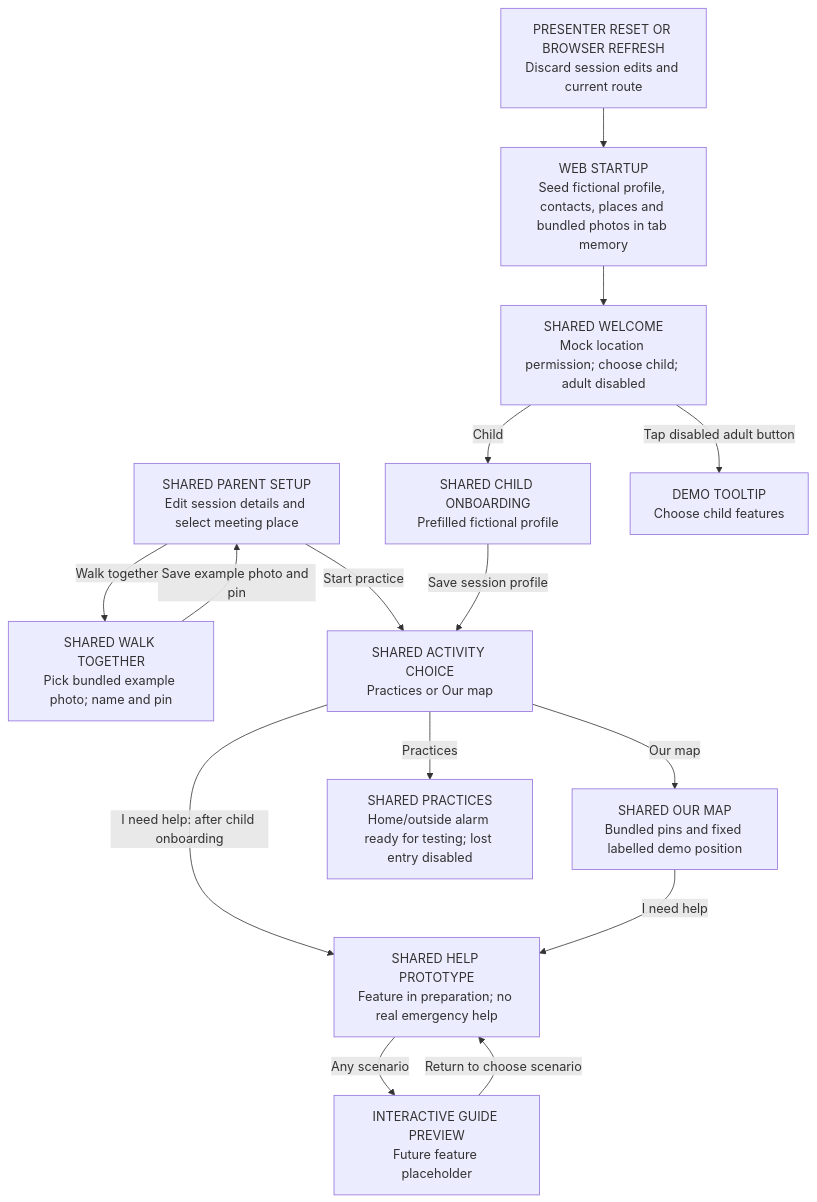
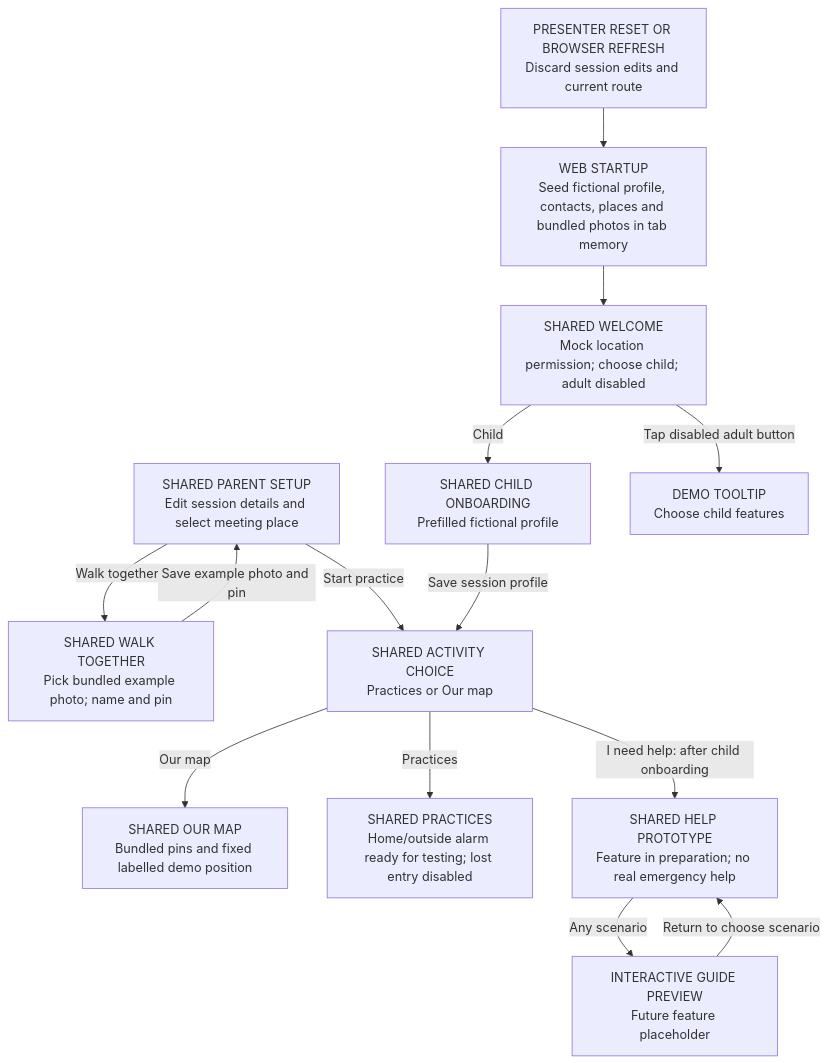
The second of 3 diagrams in docs/SCREEN_FLOW.md (Mighty683/hackyeah), drawn with Mermaid before and after one commit. The commit also changed other lines of this file and 4 other files, not shown here.

````diff
--- a/docs/SCREEN_FLOW.md
+++ b/docs/SCREEN_FLOW.md
@@ -444,28 +436,27 @@
 ```mermaid
 flowchart TD
     WS["WEB STARTUP<br/>Seed fictional profile, contacts, places and bundled photos in tab memory"]
     WW["SHARED WELCOME<br/>Mock location permission; choose child; adult disabled"]
     WP["SHARED PARENT SETUP<br/>Edit session details and select meeting place"]
     WL["SHARED WALK TOGETHER<br/>Pick bundled example photo; name and pin"]
     WC["SHARED CHILD ONBOARDING<br/>Prefilled fictional profile"]
     WA["SHARED ACTIVITY CHOICE<br/>Practices or Our map"]
     WM["SHARED OUR MAP<br/>Bundled pins and fixed labelled demo position"]
     WT["SHARED PRACTICES<br/>Home/outside alarm ready for testing; lost entry disabled"]
     WH["SHARED HELP PROTOTYPE<br/>Feature in preparation; no real emergency help"]
     WG["INTERACTIVE GUIDE PREVIEW<br/>Future feature placeholder"]
     WR["PRESENTER RESET OR BROWSER REFRESH<br/>Discard session edits and current route"]
     WS --> WW
     WW -->|Tap disabled adult button| WD["DEMO TOOLTIP<br/>Choose child features"]
     WP -->|Walk together| WL
     WL -->|Save example photo and pin| WP
     WP -->|Start practice| WA
     WW -->|Child| WC
     WC -->|Save session profile| WA
     WA -->|Our map| WM
     WA -->|Practices| WT
     WA -->|I need help: after child onboarding| WH
-    WM -->|I need help| WH
     WH -->|Any scenario| WG
     WG -->|Return to choose scenario| WH
     WR --> WS
 ```
````
